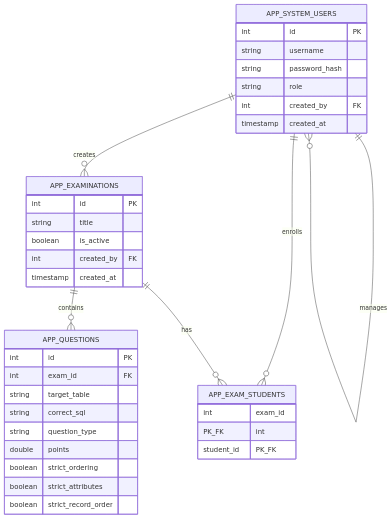
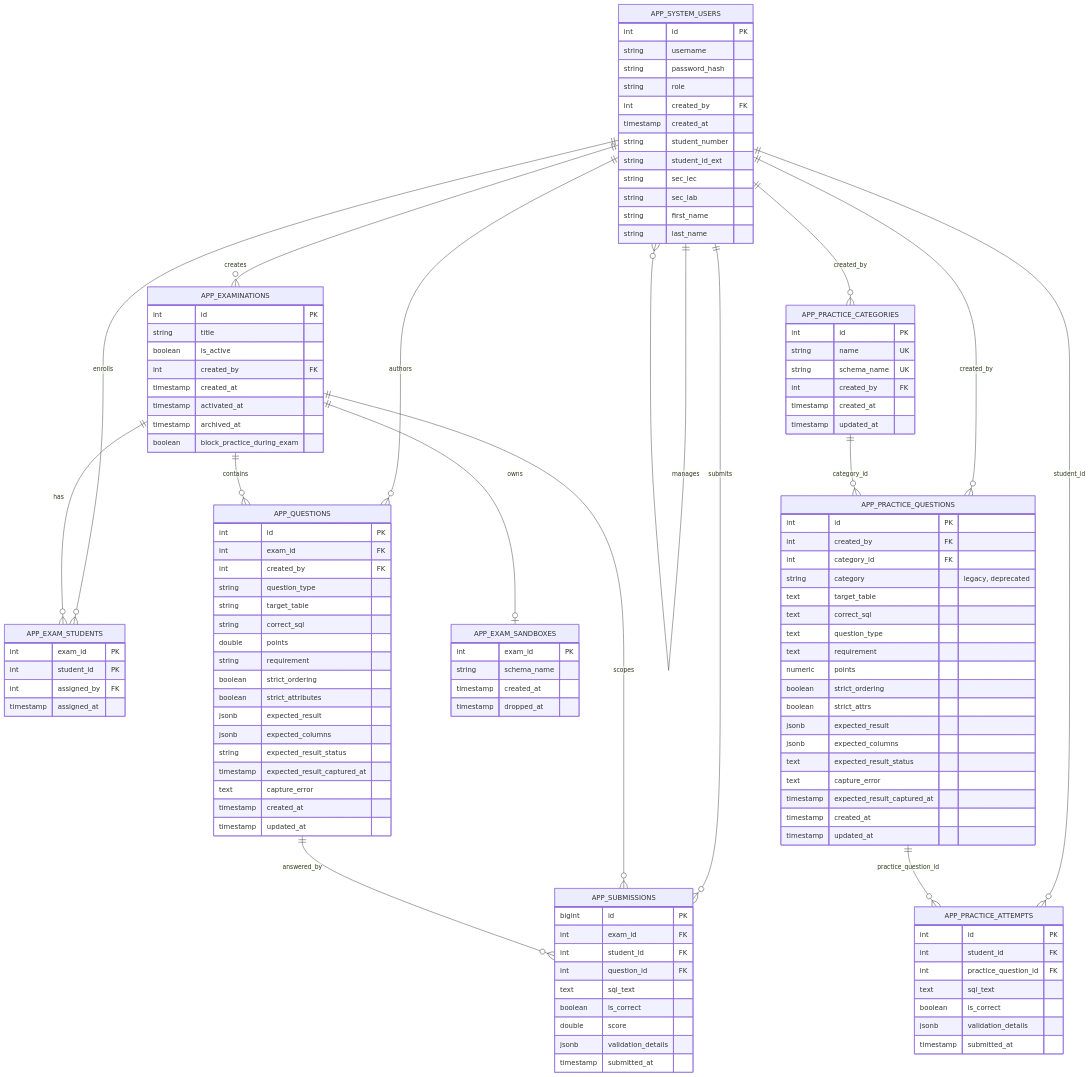
Before and after one commit to paciscoding/sql_quiz_system: the diagram in docs/database_schema.mmd, drawn with Mermaid. The commit also changed 104 other files, not shown here.

```diff
--- a/docs/database_schema.mmd
+++ b/docs/database_schema.mmd
@@ -1,45 +1,127 @@
 erDiagram
-    %% All system tables live in the `app` schema.
-    %% Curriculum tables (e.g. Elmasri company) live in `public` and are
-    %% cloned into per-student `student_{id}` schemas via
-    %% CREATE TABLE ... (LIKE public.x INCLUDING ALL) + INSERT SELECT.
-
-    APP_SYSTEM_USERS ||--o{ APP_EXAMINATIONS : "creates"
-    APP_SYSTEM_USERS ||--o{ APP_SYSTEM_USERS : "manages"
-    APP_SYSTEM_USERS ||--o{ APP_EXAM_STUDENTS : "enrolls"
-    APP_EXAMINATIONS ||--o{ APP_QUESTIONS : "contains"
-    APP_EXAMINATIONS ||--o{ APP_EXAM_STUDENTS : "has"
+    APP_SYSTEM_USERS ||--o{ APP_EXAMINATIONS     : "creates"
+    APP_SYSTEM_USERS ||--o{ APP_SYSTEM_USERS     : "manages"
+    APP_SYSTEM_USERS ||--o{ APP_EXAM_STUDENTS    : "enrolls"
+    APP_SYSTEM_USERS ||--o{ APP_QUESTIONS        : "authors"
+    APP_SYSTEM_USERS ||--o{ APP_SUBMISSIONS      : "submits"
+    APP_EXAMINATIONS ||--o{ APP_QUESTIONS        : "contains"
+    APP_EXAMINATIONS ||--o{ APP_EXAM_STUDENTS    : "has"
+    APP_EXAMINATIONS ||--o{ APP_SUBMISSIONS      : "scopes"
+    APP_EXAMINATIONS ||--o| APP_EXAM_SANDBOXES   : "owns"
+    APP_QUESTIONS    ||--o{ APP_SUBMISSIONS      : "answered_by"
+    APP_SYSTEM_USERS ||--o{ APP_PRACTICE_QUESTIONS : "created_by"
+    APP_SYSTEM_USERS ||--o{ APP_PRACTICE_ATTEMPTS  : "student_id"
+    APP_PRACTICE_QUESTIONS ||--o{ APP_PRACTICE_ATTEMPTS : "practice_question_id"
+    APP_SYSTEM_USERS ||--o{ APP_PRACTICE_CATEGORIES : "created_by"
+    APP_PRACTICE_CATEGORIES ||--o{ APP_PRACTICE_QUESTIONS : "category_id"
 
     APP_SYSTEM_USERS {
         int id PK
         string username
         string password_hash
         string role
         int created_by FK
         timestamp created_at
+        string student_number
+        string student_id_ext
+        string sec_lec
+        string sec_lab
+        string first_name
+        string last_name
     }
 
     APP_EXAMINATIONS {
         int id PK
         string title
         boolean is_active
         int created_by FK
         timestamp created_at
+        timestamp activated_at
+        timestamp archived_at
+        boolean block_practice_during_exam
     }
 
     APP_QUESTIONS {
         int id PK
         int exam_id FK
+        int created_by FK
+        string question_type
         string target_table
         string correct_sql
-        string question_type
         double points
+        string requirement
         boolean strict_ordering
         boolean strict_attributes
-        boolean strict_record_order
+        jsonb expected_result
+        jsonb expected_columns
+        string expected_result_status
+        timestamp expected_result_captured_at
+        text capture_error
+        timestamp created_at
+        timestamp updated_at
     }
 
     APP_EXAM_STUDENTS {
-        int exam_id PK_FK
-        int student_id PK_FK
+        int exam_id PK
+        int student_id PK
+        int assigned_by FK
+        timestamp assigned_at
     }
+
+    APP_SUBMISSIONS {
+        bigint id PK
+        int exam_id FK
+        int student_id FK
+        int question_id FK
+        text sql_text
+        boolean is_correct
+        double score
+        jsonb validation_details
+        timestamp submitted_at
+    }
+
+    APP_EXAM_SANDBOXES {
+        int exam_id PK
+        string schema_name
+        timestamp created_at
+        timestamp dropped_at
+    }
+
+    APP_PRACTICE_CATEGORIES {
+        int id PK
+        string name UK
+        string schema_name UK
+        int created_by FK
+        timestamp created_at
+        timestamp updated_at
+    }
+    APP_PRACTICE_QUESTIONS {
+        int id PK
+        int created_by FK
+        int category_id FK
+        string category "legacy, deprecated"
+        text target_table
+        text correct_sql
+        text question_type
+        text requirement
+        numeric points
+        boolean strict_ordering
+        boolean strict_attrs
+        jsonb expected_result
+        jsonb expected_columns
+        text expected_result_status
+        text capture_error
+        timestamp expected_result_captured_at
+        timestamp created_at
+        timestamp updated_at
+    }
+
+    APP_PRACTICE_ATTEMPTS {
+        int id PK
+        int student_id FK
+        int practice_question_id FK
+        text sql_text
+        boolean is_correct
+        jsonb validation_details
+        timestamp submitted_at
+    }
```
